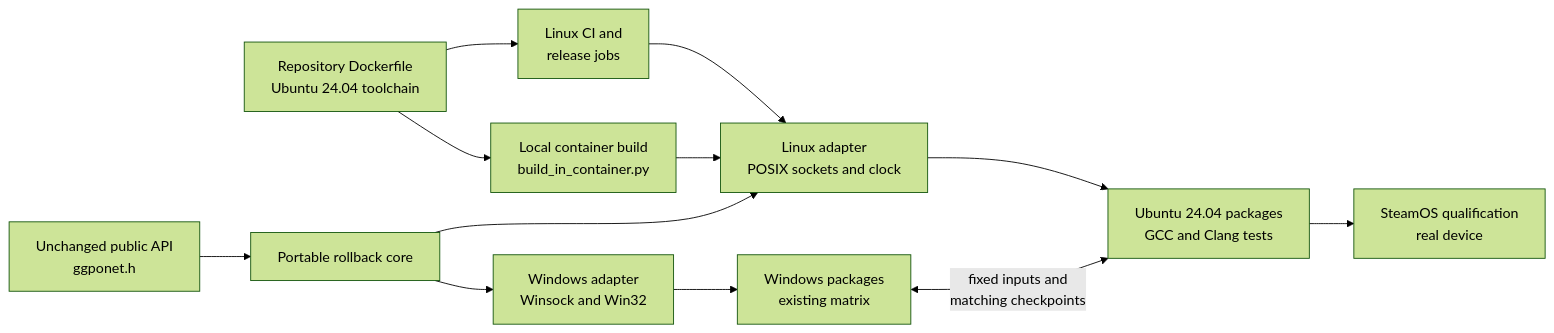
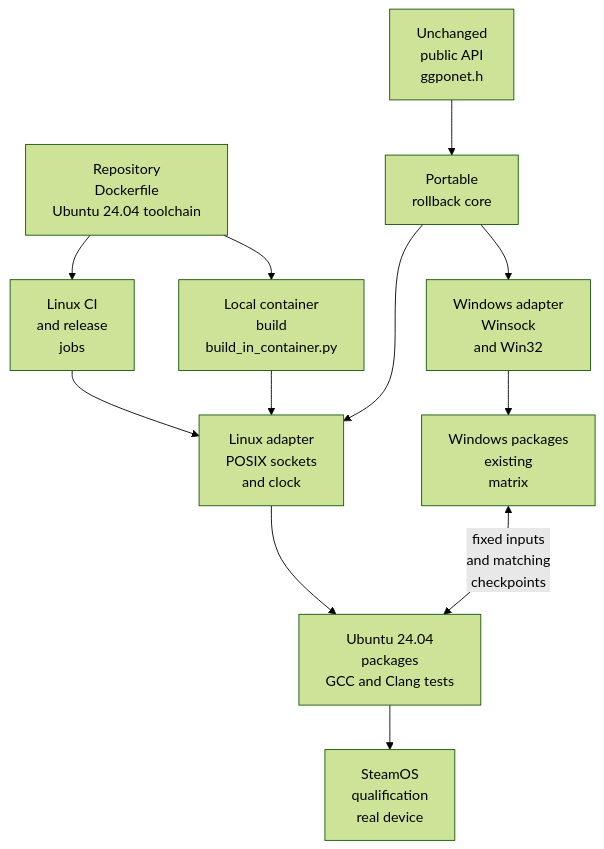
One commit to irregularthanis/ggpo-next changed the diagram in doc/planning/2026-11-07-linux_support/TECH_PLAN.md. Above: the diagram before and after it, drawn with Mermaid (forest theme).

Commit message:
docs: prevent Linux plan diagram truncation

````diff
--- a/doc/planning/2026-11-07-linux_support/TECH_PLAN.md
+++ b/doc/planning/2026-11-07-linux_support/TECH_PLAN.md
@@ -47,15 +47,15 @@
 ```mermaid
-flowchart LR
-    Dockerfile["Repository Dockerfile<br/>Ubuntu 24.04 toolchain"]
-    Local["Local container build<br/>build_in_container.py"]
-    CI["Linux CI and<br/>release jobs"]
-    API["Unchanged public API<br/>ggponet.h"] --> Core["Portable rollback core"]
-    Core --> Win["Windows adapter<br/>Winsock and Win32"]
-    Core --> Linux["Linux adapter<br/>POSIX sockets and clock"]
-    Win --> WinPkg["Windows packages<br/>existing matrix"]
-    Linux --> LinPkg["Ubuntu 24.04 packages<br/>GCC and Clang tests"]
-    WinPkg <-->|"fixed inputs and<br/>matching checkpoints"| LinPkg
-    LinPkg --> Deck["SteamOS qualification<br/>real device"]
+flowchart TD
+    Dockerfile["Repository<br/>Dockerfile<br/>Ubuntu 24.04 toolchain"]
+    Local["Local container<br/>build<br/>build_in_container.py"]
+    CI["Linux CI<br/>and release<br/>jobs"]
+    API["Unchanged<br/>public API<br/>ggponet.h"] --> Core["Portable<br/>rollback core"]
+    Core --> Win["Windows adapter<br/>Winsock<br/>and Win32"]
+    Core --> Linux["Linux adapter<br/>POSIX sockets<br/>and clock"]
+    Win --> WinPkg["Windows packages<br/>existing<br/>matrix"]
+    Linux --> LinPkg["Ubuntu 24.04<br/>packages<br/>GCC and Clang tests"]
+    WinPkg <-->|"fixed inputs<br/>and matching<br/>checkpoints"| LinPkg
+    LinPkg --> Deck["SteamOS<br/>qualification<br/>real device"]
     Dockerfile --> Local --> Linux
     Dockerfile --> CI --> Linux
 ```
````
